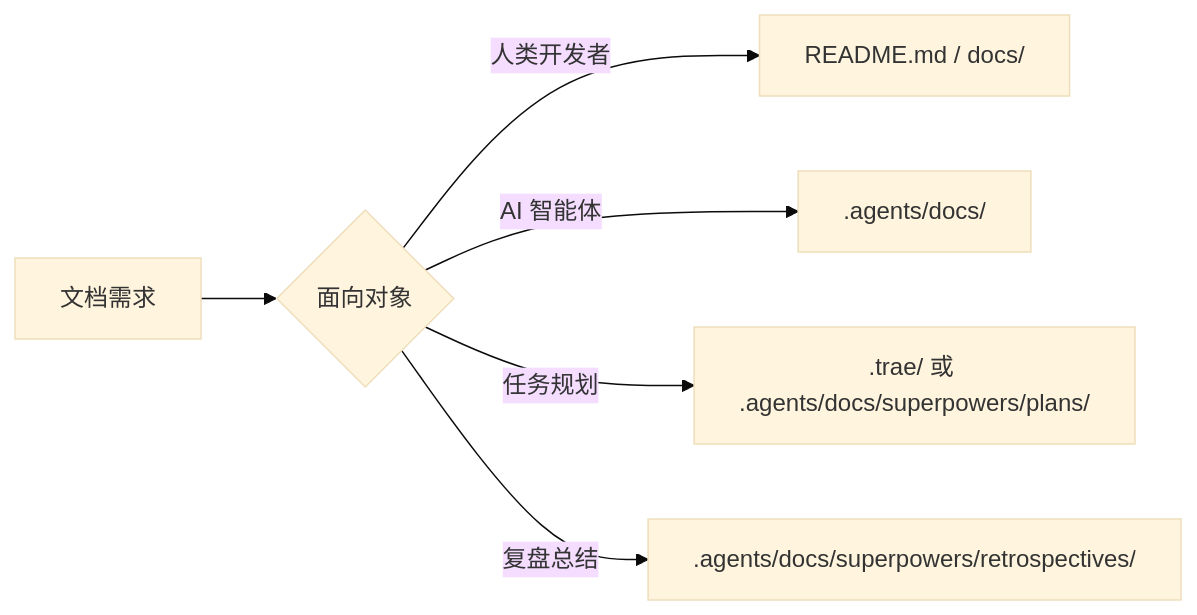
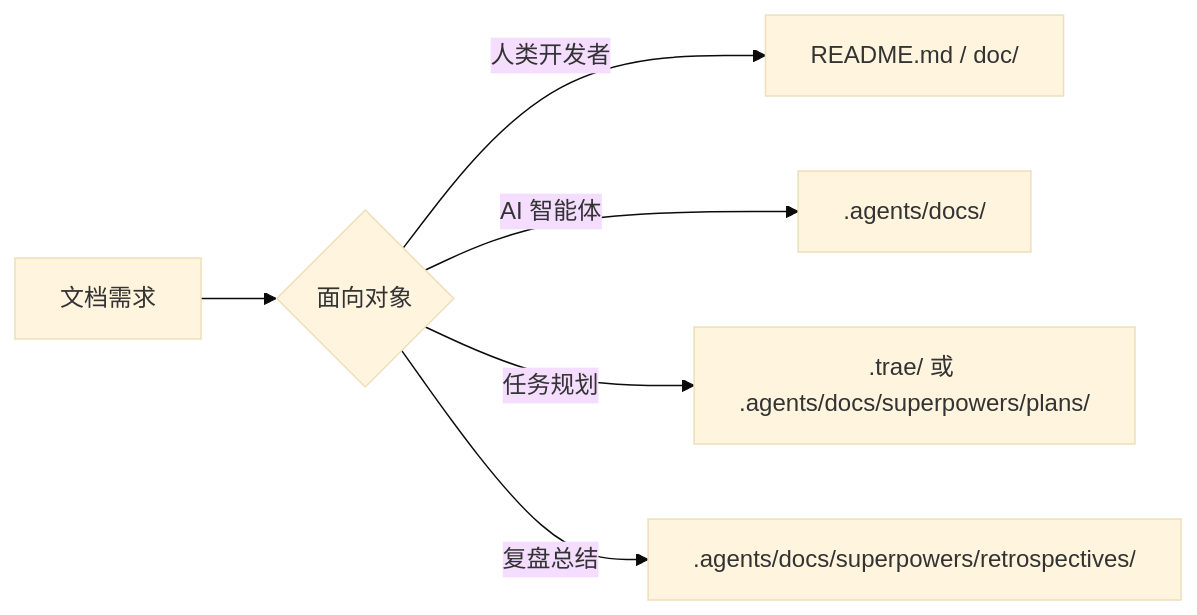
The first of 2 diagrams in apps/chaos/.agents/rules/documentation.md (xinetzone/tao), drawn with Mermaid (base theme) before and after one commit. The commit also changed other lines of this file and 250 other files, not shown here.

````diff
--- a/apps/chaos/.agents/rules/documentation.md
+++ b/apps/chaos/.agents/rules/documentation.md
@@ -7,8 +7,8 @@
 ```mermaid
 flowchart LR
     A["文档需求"] --> B{"面向对象"}
-    B -->|人类开发者| C["README.md / docs/"]
+    B -->|人类开发者| C["README.md / doc/"]
     B -->|AI 智能体| D[".agents/docs/"]
     B -->|任务规划| E[".trae/ 或 .agents/docs/superpowers/plans/"]
     B -->|复盘总结| F[".agents/docs/superpowers/retrospectives/"]
 ```
````
